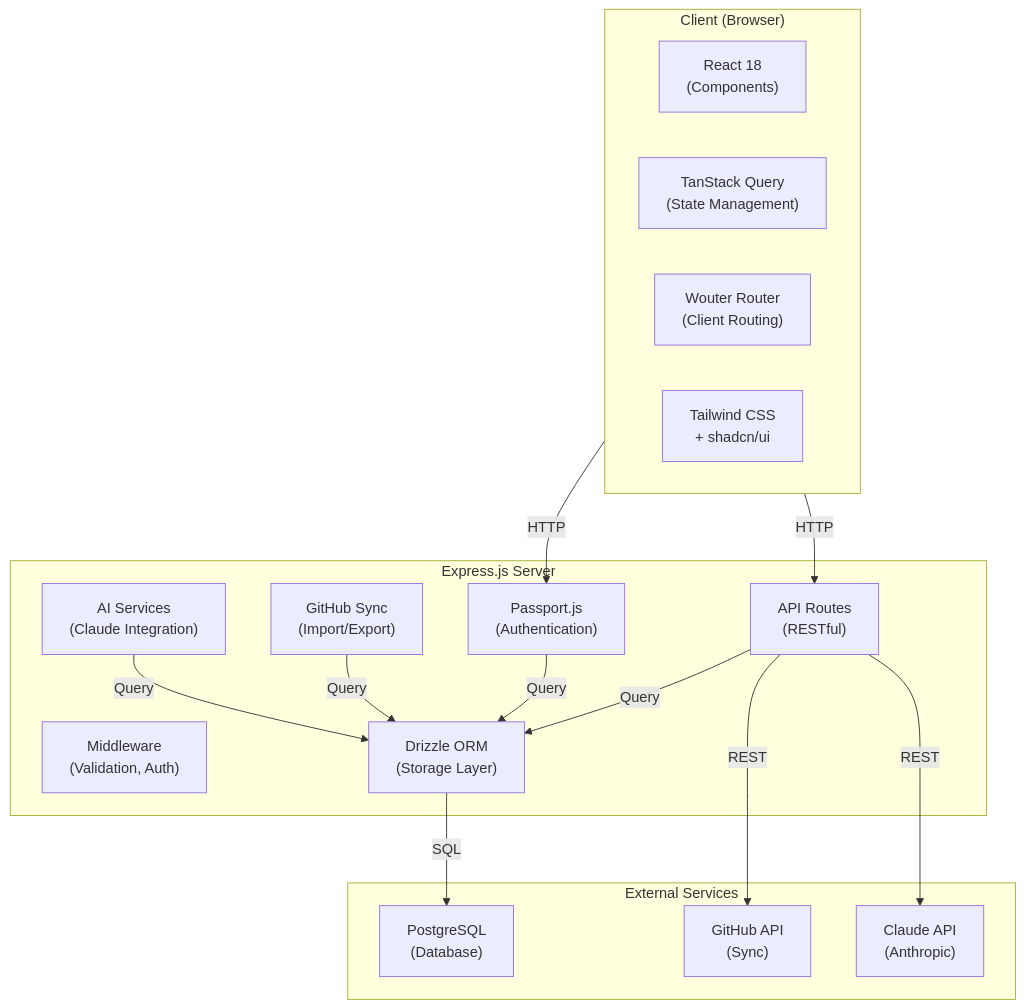
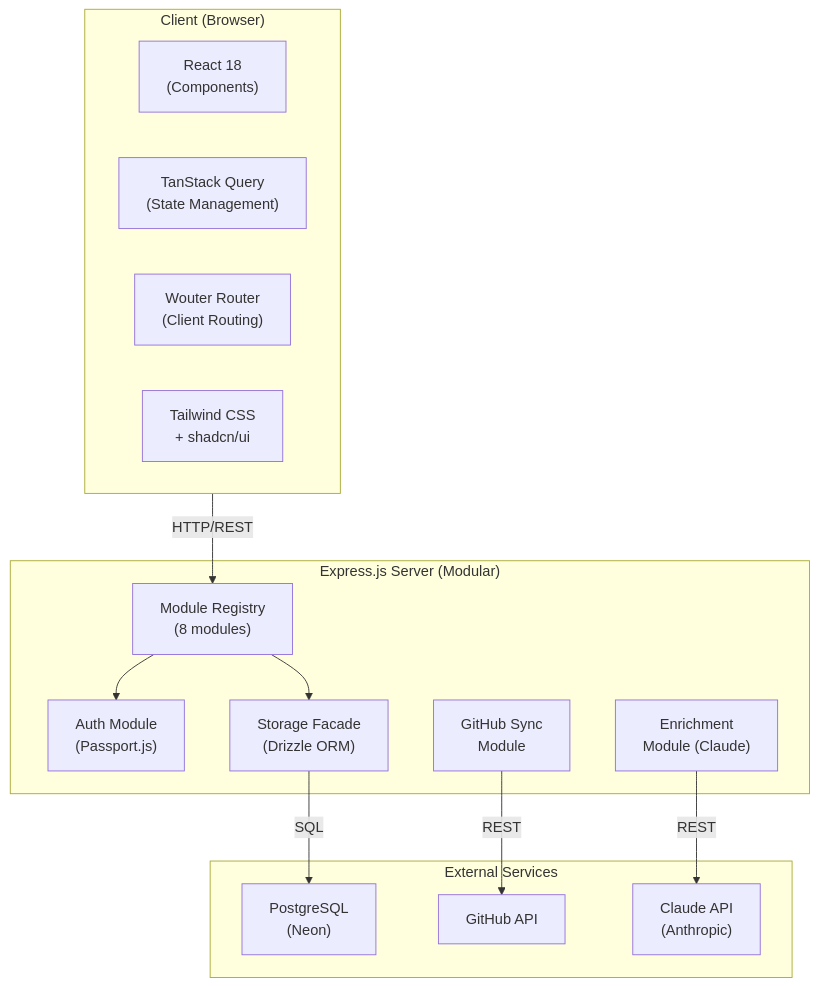
Before and after one commit to krzemienski/awesome-list-site: the first of 2 diagrams in docs/ARCHITECTURE.md, drawn with Mermaid. The commit also changed other lines of this file and 127 other files, not shown here.

````diff
--- a/docs/ARCHITECTURE.md
+++ b/docs/ARCHITECTURE.md
@@ -11,34 +539,30 @@
 ```mermaid
 graph TB
     subgraph Client["Client (Browser)"]
         React["React 18<br/>(Components)"]
         TQ["TanStack Query<br/>(State Management)"]
         Router["Wouter Router<br/>(Client Routing)"]
         UI["Tailwind CSS<br/>+ shadcn/ui"]
     end
 
-    subgraph Server["Express.js Server"]
-        Routes["API Routes<br/>(RESTful)"]
-        Auth["Passport.js<br/>(Authentication)"]
-        Middleware["Middleware<br/>(Validation, Auth)"]
-        Storage["Drizzle ORM<br/>(Storage Layer)"]
-        GitHub["GitHub Sync<br/>(Import/Export)"]
-        AI["AI Services<br/>(Claude Integration)"]
+    subgraph Server["Express.js Server (Modular)"]
+        Routes["Module Registry<br/>(8 modules)"]
+        Auth["Auth Module<br/>(Passport.js)"]
+        Storage["Storage Facade<br/>(Drizzle ORM)"]
+        GitHub["GitHub Sync<br/>Module"]
+        AI["Enrichment<br/>Module (Claude)"]
     end
 
     subgraph External["External Services"]
-        DB["PostgreSQL<br/>(Database)"]
-        GH["GitHub API<br/>(Sync)"]
+        DB["PostgreSQL<br/>(Neon)"]
+        GH["GitHub API"]
         Claude["Claude API<br/>(Anthropic)"]
     end
 
-    Client -->|HTTP| Routes
-    Client -->|HTTP| Auth
-    Routes -->|Query| Storage
-    Auth -->|Query| Storage
+    Client -->|HTTP/REST| Routes
+    Routes --> Auth
+    Routes --> Storage
     Storage -->|SQL| DB
-    GitHub -->|Query| Storage
-    AI -->|Query| Storage
-    Routes -->|REST| GH
-    Routes -->|REST| Claude
+    GitHub -->|REST| GH
+    AI -->|REST| Claude
 ```
````
